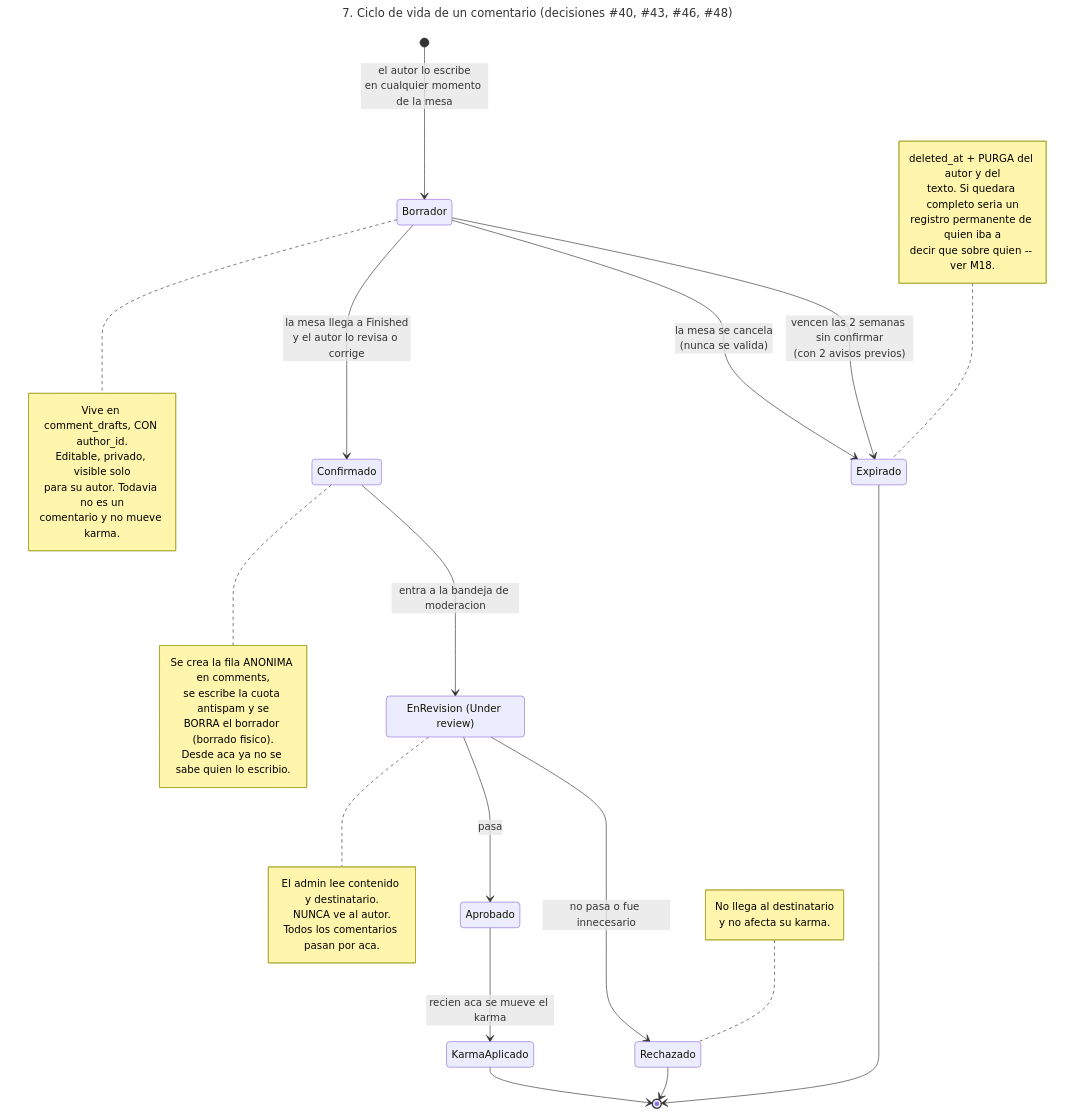
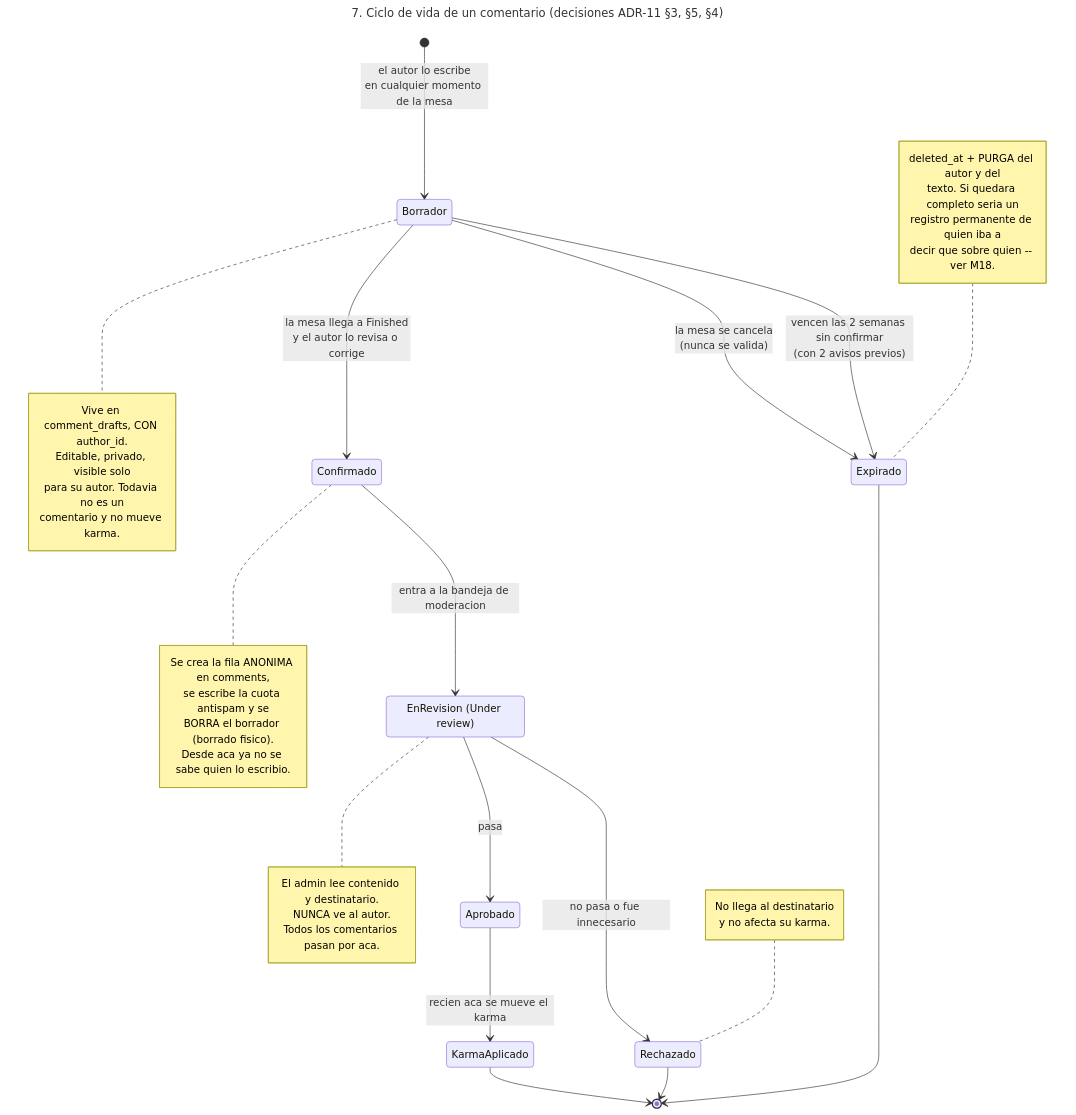
The diagram in docs/diagramas/07-ciclo-comentario.mmd (d4m14n257/CentralDungeon), drawn with Mermaid before and after one commit. The commit also changed 1176 other files, not shown here.

```diff
--- a/docs/diagramas/07-ciclo-comentario.mmd
+++ b/docs/diagramas/07-ciclo-comentario.mmd
@@ -1,56 +1,56 @@
 ---
-title: "7. Ciclo de vida de un comentario (decisiones #40, #43, #46, #48)"
+title: "7. Ciclo de vida de un comentario (decisiones ADR-11 §3, §5, §4)"
 ---
 stateDiagram-v2
     direction TB
 
     [*] --> Borrador : el autor lo escribe<br/>en cualquier momento de la mesa
 
     note right of Borrador
         Vive en comment_drafts, CON author_id.
         Editable, privado, visible solo
         para su autor. Todavia no es un
         comentario y no mueve karma.
     end note
 
     Borrador --> Confirmado : la mesa llega a Finished<br/>y el autor lo revisa o corrige
 
     note right of Confirmado
         Se crea la fila ANONIMA en comments,
         se escribe la cuota antispam y se
         BORRA el borrador (borrado fisico).
         Desde aca ya no se sabe quien lo escribio.
     end note
 
     Borrador --> Expirado : la mesa se cancela<br/>(nunca se valida)
     Borrador --> Expirado : vencen las 2 semanas sin confirmar<br/>(con 2 avisos previos)
 
     note left of Expirado
         deleted_at + PURGA del autor y del
         texto. Si quedara completo seria un
         registro permanente de quien iba a
         decir que sobre quien -- ver M18.
     end note
 
     state "EnRevision (Under review)" as EnRevision
     Confirmado --> EnRevision : entra a la bandeja de moderacion
 
     note right of EnRevision
         El admin lee contenido y destinatario.
         NUNCA ve al autor.
         Todos los comentarios pasan por aca.
     end note
 
     EnRevision --> Aprobado : pasa
     EnRevision --> Rechazado : no pasa o fue innecesario
 
     Aprobado --> KarmaAplicado : recien aca se mueve el karma
 
     note left of Rechazado
         No llega al destinatario
         y no afecta su karma.
     end note
 
     KarmaAplicado --> [*]
     Rechazado --> [*]
     Expirado --> [*]
```
